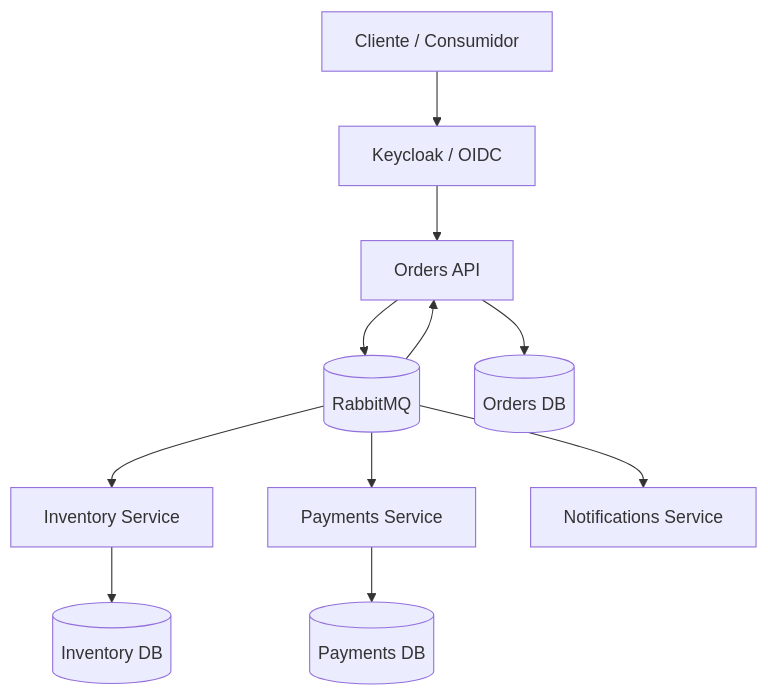
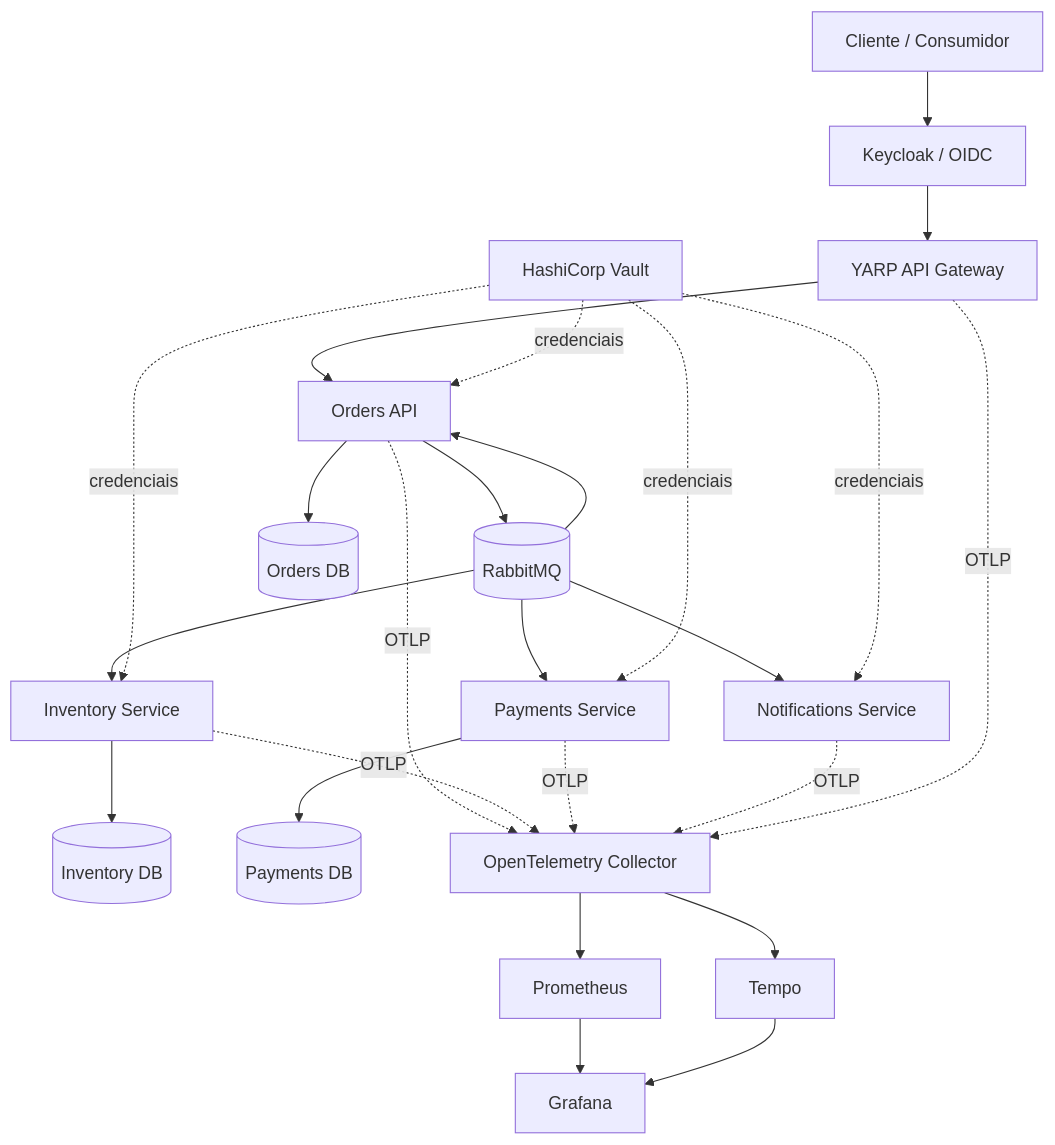
The first of 2 diagrams in docs/architecture.md (WillianZanutoOliveira/api-dotnet), drawn with Mermaid before and after one commit. The commit also changed other lines of this file, not shown here.

Commit message:
Document gateway Vault and observability topology

````diff
--- a/docs/architecture.md
+++ b/docs/architecture.md
@@ -24,16 +24,32 @@
 ```mermaid
 flowchart TB
     User[Cliente / Consumidor]
     User --> Keycloak[Keycloak / OIDC]
-    Keycloak --> Orders[Orders API]
+    Keycloak --> Gateway[YARP API Gateway]
+    Gateway --> Orders[Orders API]
 
     Orders --> Rabbit[(RabbitMQ)]
     Rabbit --> Inventory[Inventory Service]
     Rabbit --> Payments[Payments Service]
     Rabbit --> Notifications[Notifications Service]
     Rabbit --> Orders
 
     Orders --> OrdersDb[(Orders DB)]
     Inventory --> InventoryDb[(Inventory DB)]
     Payments --> PaymentsDb[(Payments DB)]
+
+    Vault[HashiCorp Vault] -. credenciais .-> Orders
+    Vault -. credenciais .-> Inventory
+    Vault -. credenciais .-> Payments
+    Vault -. credenciais .-> Notifications
+
+    Orders -. OTLP .-> Collector[OpenTelemetry Collector]
+    Inventory -. OTLP .-> Collector
+    Payments -. OTLP .-> Collector
+    Notifications -. OTLP .-> Collector
+    Gateway -. OTLP .-> Collector
+    Collector --> Tempo[Tempo]
+    Collector --> Prometheus[Prometheus]
+    Prometheus --> Grafana[Grafana]
+    Tempo --> Grafana
 ```
````
